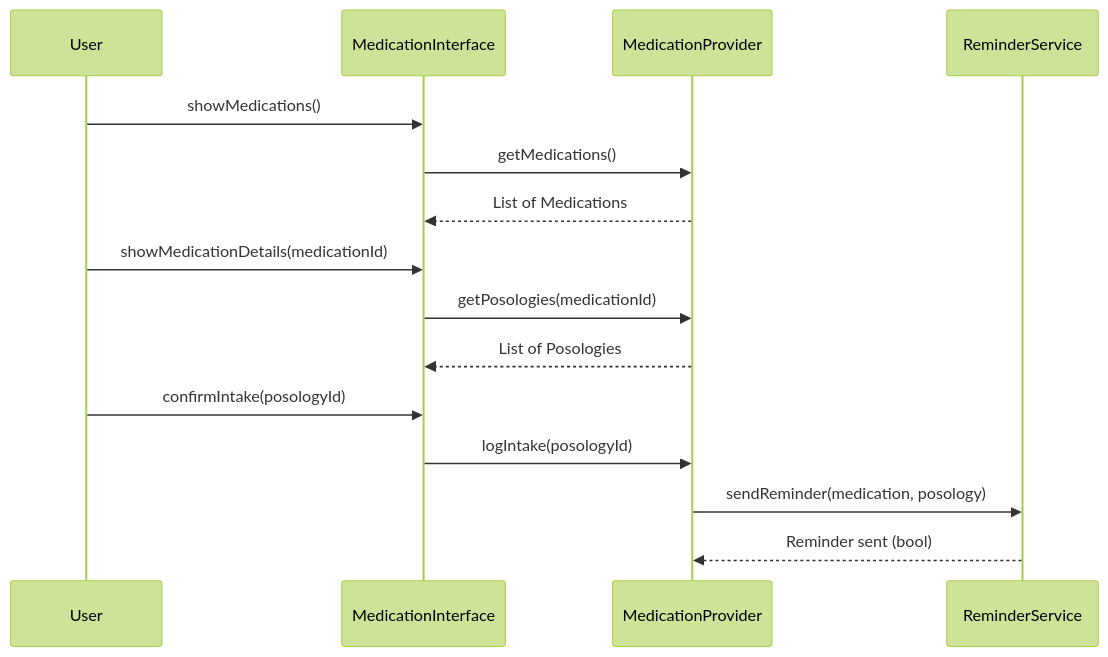
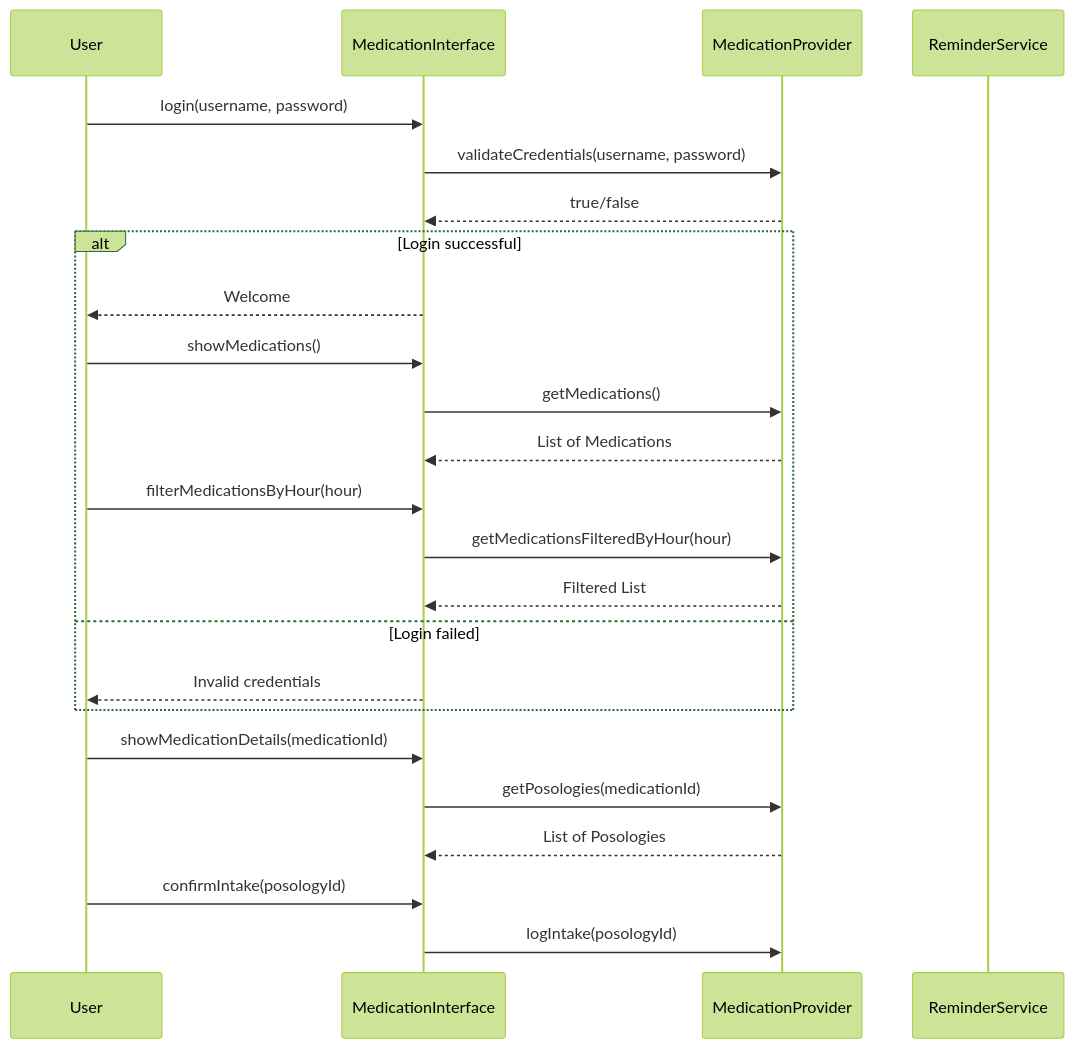
Before and after one commit to daniqss/terceiro: the second of 2 diagrams in diseño_sw.md, drawn with Mermaid (forest theme). The commit also changed other lines of this file, not shown here.

````diff
--- a/diseño_sw.md
+++ b/diseño_sw.md
@@ -80,23 +89,32 @@
 ```mermaid
 
 sequenceDiagram
-    
     participant User
     participant MI as MedicationInterface
     participant MP as MedicationProvider
     participant RS as ReminderService
 
-    User->>MI: showMedications()
-    MI->>MP: getMedications()
-    MP-->>MI: List of Medications
-    
+    User->>MI: login(username, password)
+    MI->>MP: validateCredentials(username, password)
+    MP-->>MI: true/false
+    alt Login successful
+        MI-->>User: Welcome
+        User->>MI: showMedications()
+        MI->>MP: getMedications()
+        MP-->>MI: List of Medications
+
+        User->>MI: filterMedicationsByHour(hour)
+        MI->>MP: getMedicationsFilteredByHour(hour)
+        MP-->>MI: Filtered List
+    else Login failed
+        MI-->>User: Invalid credentials
+    end
+
     User->>MI: showMedicationDetails(medicationId)
     MI->>MP: getPosologies(medicationId)
     MP-->>MI: List of Posologies
-    
+
     User->>MI: confirmIntake(posologyId)
     MI->>MP: logIntake(posologyId)
-    MP->>RS: sendReminder(medication, posology)
-    RS-->>MP: Reminder sent (bool)
 
 ```
````
